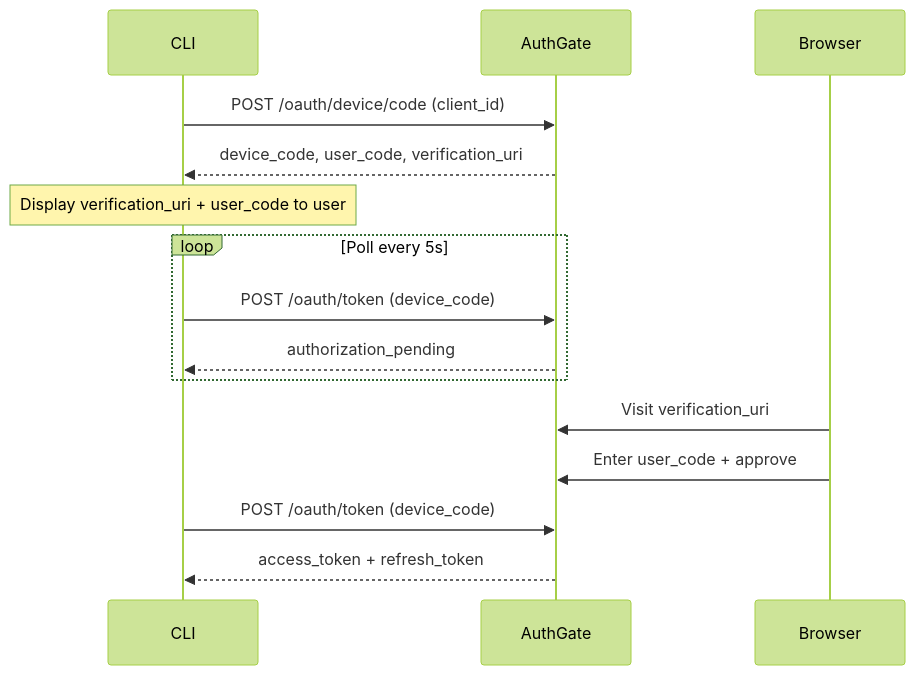
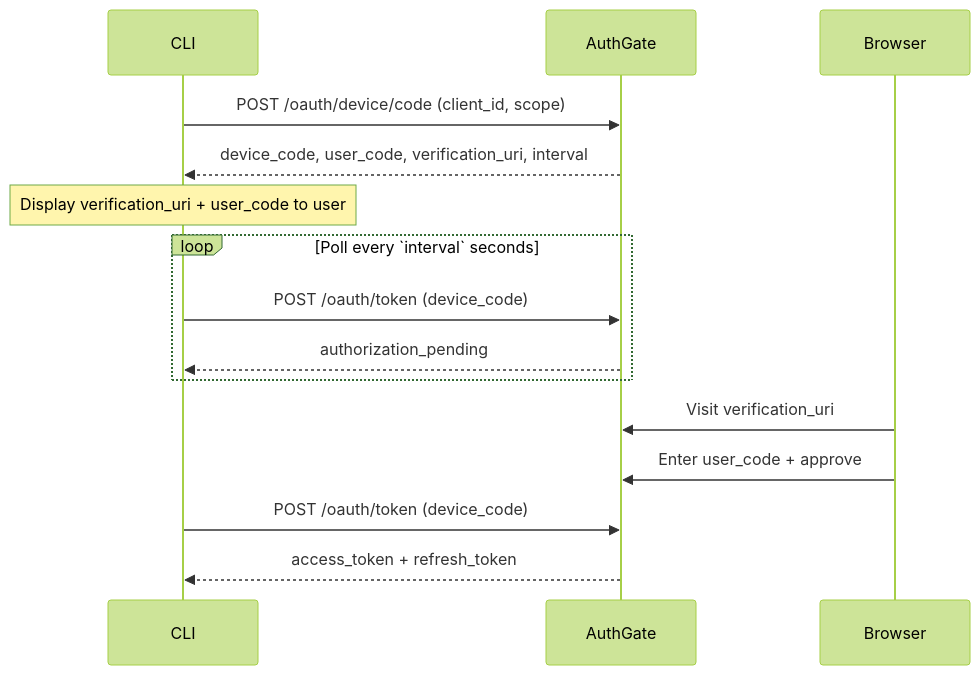
The diagram in internal/templates/docs/device-flow.md (appleboy/authgate), drawn with Mermaid (forest theme) before and after one commit. The commit also changed other lines of this file and 9 other files, not shown here.

````diff
--- a/internal/templates/docs/device-flow.md
+++ b/internal/templates/docs/device-flow.md
@@ -15,22 +15,22 @@
 ```mermaid
 sequenceDiagram
     participant CLI
     participant AuthGate
     participant Browser
 
-    CLI->>AuthGate: POST /oauth/device/code (client_id)
-    AuthGate-->>CLI: device_code, user_code, verification_uri
+    CLI->>AuthGate: POST /oauth/device/code (client_id, scope)
+    AuthGate-->>CLI: device_code, user_code, verification_uri, interval
 
     note over CLI: Display verification_uri + user_code to user
 
-    loop Poll every 5s
+    loop Poll every `interval` seconds
         CLI->>AuthGate: POST /oauth/token (device_code)
         AuthGate-->>CLI: authorization_pending
     end
 
     Browser->>AuthGate: Visit verification_uri
     Browser->>AuthGate: Enter user_code + approve
 
     CLI->>AuthGate: POST /oauth/token (device_code)
     AuthGate-->>CLI: access_token + refresh_token
 ```
````
